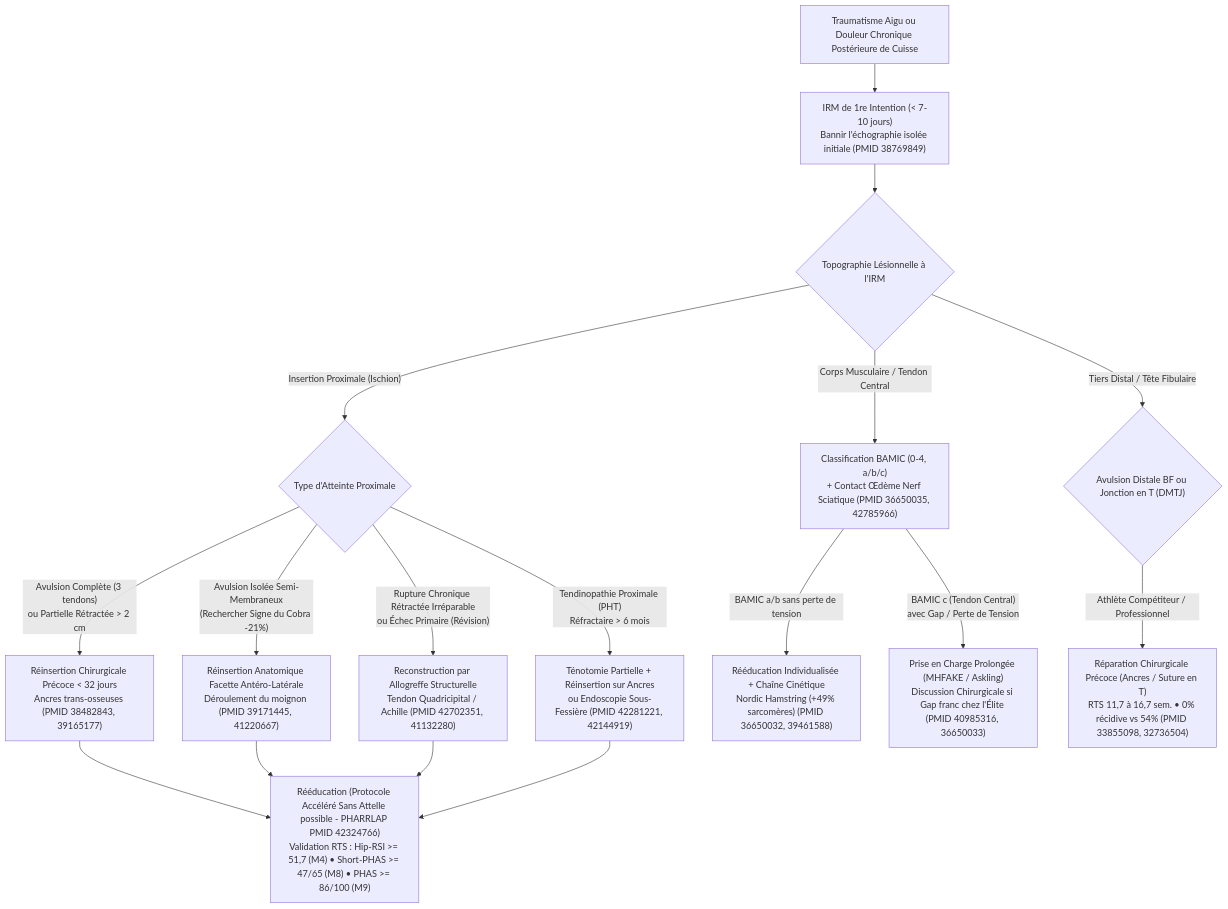
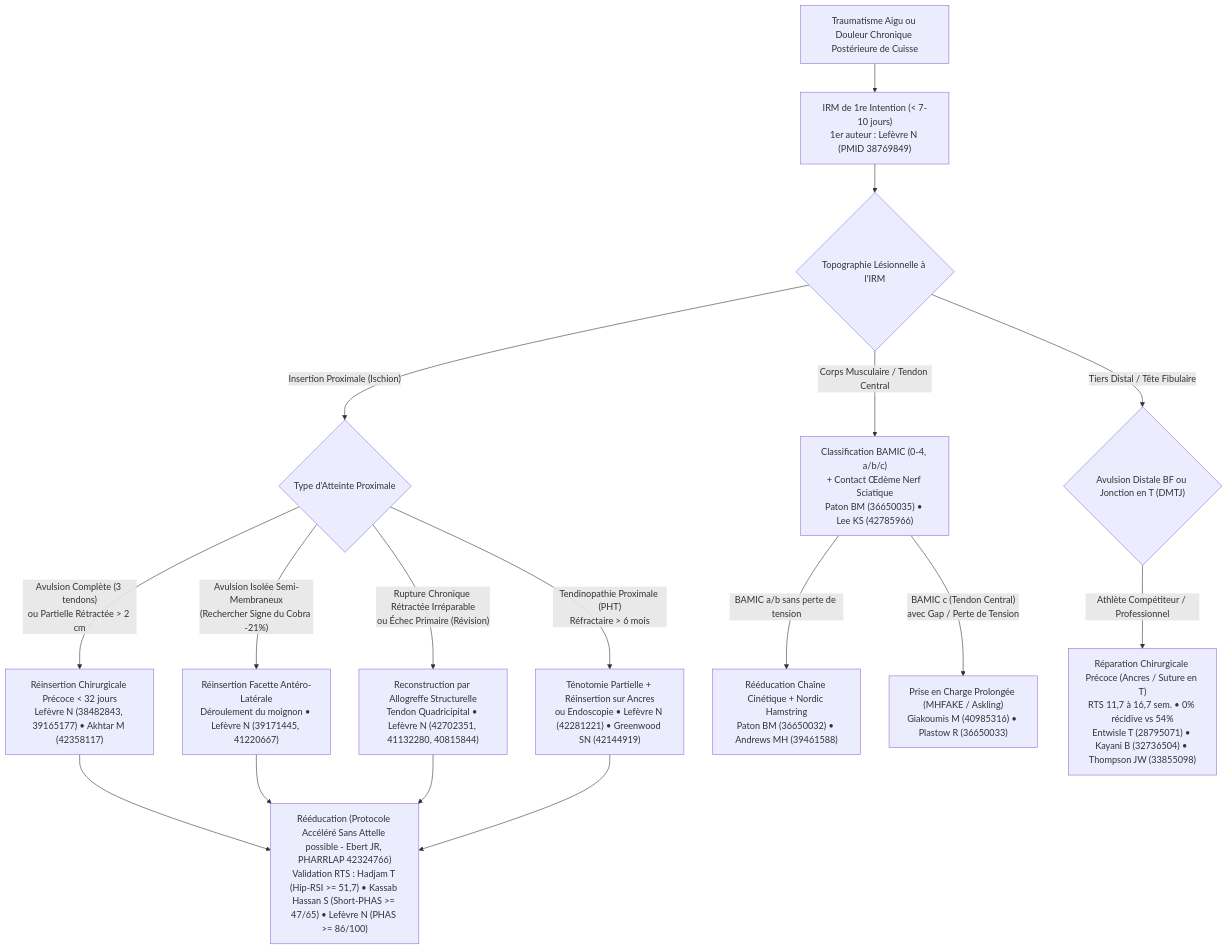
Before and after one commit to docteurlefevre-ops/biblio-ischio: the diagram in REVUE_LITTERATURE_ISCHIO.md, drawn with Mermaid. The commit also changed other lines of this file and 1 other file, not shown here.

````diff
--- a/REVUE_LITTERATURE_ISCHIO.md
+++ b/REVUE_LITTERATURE_ISCHIO.md
@@ -15,21 +15,21 @@
 ```mermaid
 flowchart TD
-    A["Traumatisme Aigu ou Douleur Chronique Postérieure de Cuisse"] --> B["IRM de 1re Intention (< 7-10 jours)<br/>Bannir l'échographie isolée initiale (PMID 38769849)"]
+    A["Traumatisme Aigu ou Douleur Chronique Postérieure de Cuisse"] --> B["IRM de 1re Intention (< 7-10 jours)<br/>1er auteur : Lefèvre N (PMID 38769849)"]
     B --> C{"Topographie Lésionnelle à l'IRM"}
 
     C -->|"Insertion Proximale (Ischion)"| D{"Type d'Atteinte Proximale"}
-    C -->|"Corps Musculaire / Tendon Central"| E["Classification BAMIC (0-4, a/b/c)<br/>+ Contact Œdème Nerf Sciatique (PMID 36650035, 42785966)"]
+    C -->|"Corps Musculaire / Tendon Central"| E["Classification BAMIC (0-4, a/b/c)<br/>+ Contact Œdème Nerf Sciatique<br/>Paton BM (36650035) • Lee KS (42785966)"]
     C -->|"Tiers Distal / Tête Fibulaire"| F{"Avulsion Distale BF ou Jonction en T (DMTJ)"}
 
-    D -->|"Avulsion Complète (3 tendons)<br/>ou Partielle Rétractée > 2 cm"| G["Réinsertion Chirurgicale Précoce < 32 jours<br/>Ancres trans-osseuses (PMID 38482843, 39165177)"]
-    D -->|"Avulsion Isolée Semi-Membraneux<br/>(Rechercher Signe du Cobra -21%)"| H["Réinsertion Anatomique Facette Antéro-Latérale<br/>Déroulement du moignon (PMID 39171445, 41220667)"]
-    D -->|"Rupture Chronique Rétractée Irréparable<br/>ou Échec Primaire (Révision)"| I["Reconstruction par Allogreffe Structurelle<br/>Tendon Quadricipital / Achille (PMID 42702351, 41132280)"]
-    D -->|"Tendinopathie Proximale (PHT)<br/>Réfractaire > 6 mois"| J["Ténotomie Partielle + Réinsertion sur Ancres<br/>ou Endoscopie Sous-Fessière (PMID 42281221, 42144919)"]
+    D -->|"Avulsion Complète (3 tendons)<br/>ou Partielle Rétractée > 2 cm"| G["Réinsertion Chirurgicale Précoce < 32 jours<br/>Lefèvre N (38482843, 39165177) • Akhtar M (42358117)"]
+    D -->|"Avulsion Isolée Semi-Membraneux<br/>(Rechercher Signe du Cobra -21%)"| H["Réinsertion Facette Antéro-Latérale<br/>Déroulement du moignon • Lefèvre N (39171445, 41220667)"]
+    D -->|"Rupture Chronique Rétractée Irréparable<br/>ou Échec Primaire (Révision)"| I["Reconstruction par Allogreffe Structurelle<br/>Tendon Quadricipital • Lefèvre N (42702351, 41132280, 40815844)"]
+    D -->|"Tendinopathie Proximale (PHT)<br/>Réfractaire > 6 mois"| J["Ténotomie Partielle + Réinsertion sur Ancres<br/>ou Endoscopie • Lefèvre N (42281221) • Greenwood SN (42144919)"]
 
-    E -->|"BAMIC a/b sans perte de tension"| K["Rééducation Individualisée + Chaîne Cinétique<br/>Nordic Hamstring (+49% sarcomères) (PMID 36650032, 39461588)"]
-    E -->|"BAMIC c (Tendon Central)<br/>avec Gap / Perte de Tension"| L["Prise en Charge Prolongée (MHFAKE / Askling)<br/>Discussion Chirurgicale si Gap franc chez l'Élite (PMID 40985316, 36650033)"]
+    E -->|"BAMIC a/b sans perte de tension"| K["Rééducation Chaîne Cinétique + Nordic Hamstring<br/>Paton BM (36650032) • Andrews MH (39461588)"]
+    E -->|"BAMIC c (Tendon Central)<br/>avec Gap / Perte de Tension"| L["Prise en Charge Prolongée (MHFAKE / Askling)<br/>Giakoumis M (40985316) • Plastow R (36650033)"]
 
-    F -->|"Athlète Compétiteur / Professionnel"| M["Réparation Chirurgicale Précoce (Ancres / Suture en T)<br/>RTS 11,7 à 16,7 sem. • 0% récidive vs 54% (PMID 33855098, 32736504)"]
+    F -->|"Athlète Compétiteur / Professionnel"| M["Réparation Chirurgicale Précoce (Ancres / Suture en T)<br/>RTS 11,7 à 16,7 sem. • 0% récidive vs 54%<br/>Entwisle T (28795071) • Kayani B (32736504) • Thompson JW (33855098)"]
 
-    G & H & I & J --> N["Rééducation (Protocole Accéléré Sans Attelle possible - PHARRLAP PMID 42324766)<br/>Validation RTS : Hip-RSI >= 51,7 (M4) • Short-PHAS >= 47/65 (M8) • PHAS >= 86/100 (M9)"]
+    G & H & I & J --> N["Rééducation (Protocole Accéléré Sans Attelle possible - Ebert JR, PHARRLAP 42324766)<br/>Validation RTS : Hadjam T (Hip-RSI >= 51,7) • Kassab Hassan S (Short-PHAS >= 47/65) • Lefèvre N (PHAS >= 86/100)"]
 ```
````
